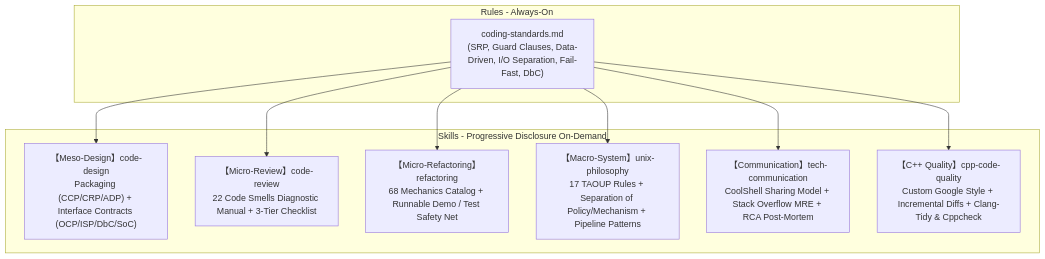
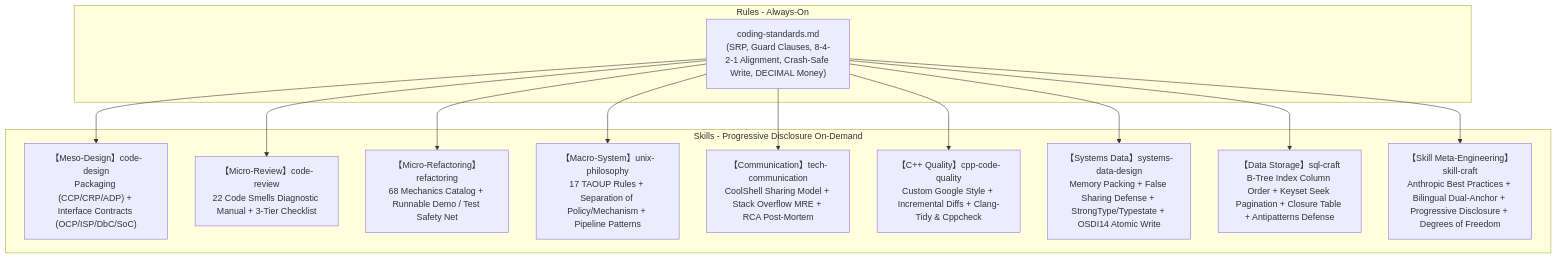
Before and after one commit to lilucpp/code-craft: the diagram in README_EN.md, drawn with Mermaid. The commit also changed other lines of this file and 35 other files, not shown here.

First line of the commit message:
feat(skills): add systems-data-design, sql-craft, skill-craft and upgrade to 9 specialized skills

````diff
--- a/README_EN.md
+++ b/README_EN.md
@@ -26,22 +26,28 @@
 ```mermaid
 flowchart TD
     subgraph Global Baseline Rules [Rules - Always-On]
-        R["coding-standards.md<br/>(SRP, Guard Clauses, Data-Driven, I/O Separation, Fail-Fast, DbC)"]
+        R["coding-standards.md<br/>(SRP, Guard Clauses, 8-4-2-1 Alignment, Crash-Safe Write, DECIMAL Money)"]
     end
 
     subgraph Specialized Skills Matrix [Skills - Progressive Disclosure On-Demand]
         S1["【Meso-Design】code-design<br/>Packaging (CCP/CRP/ADP) + Interface Contracts (OCP/ISP/DbC/SoC)"]
         S2["【Micro-Review】code-review<br/>22 Code Smells Diagnostic Manual + 3-Tier Checklist"]
         S3["【Micro-Refactoring】refactoring<br/>68 Mechanics Catalog + Runnable Demo / Test Safety Net"]
         S4["【Macro-System】unix-philosophy<br/>17 TAOUP Rules + Separation of Policy/Mechanism + Pipeline Patterns"]
         S5["【Communication】tech-communication<br/>CoolShell Sharing Model + Stack Overflow MRE + RCA Post-Mortem"]
         S6["【C++ Quality】cpp-code-quality<br/>Custom Google Style + Incremental Diffs + Clang-Tidy & Cppcheck"]
+        S7["【Systems Data】systems-data-design<br/>Memory Packing + False Sharing Defense + StrongType/Typestate + OSDI14 Atomic Write"]
+        S8["【Data Storage】sql-craft<br/>B-Tree Index Column Order + Keyset Seek Pagination + Closure Table + Antipatterns Defense"]
+        S9["【Skill Meta-Engineering】skill-craft<br/>Anthropic Best Practices + Bilingual Dual-Anchor + Progressive Disclosure + Degrees of Freedom"]
     end
 
     R --> S1
     R --> S2
     R --> S3
     R --> S4
     R --> S5
     R --> S6
+    R --> S7
+    R --> S8
+    R --> S9
 ```
````
